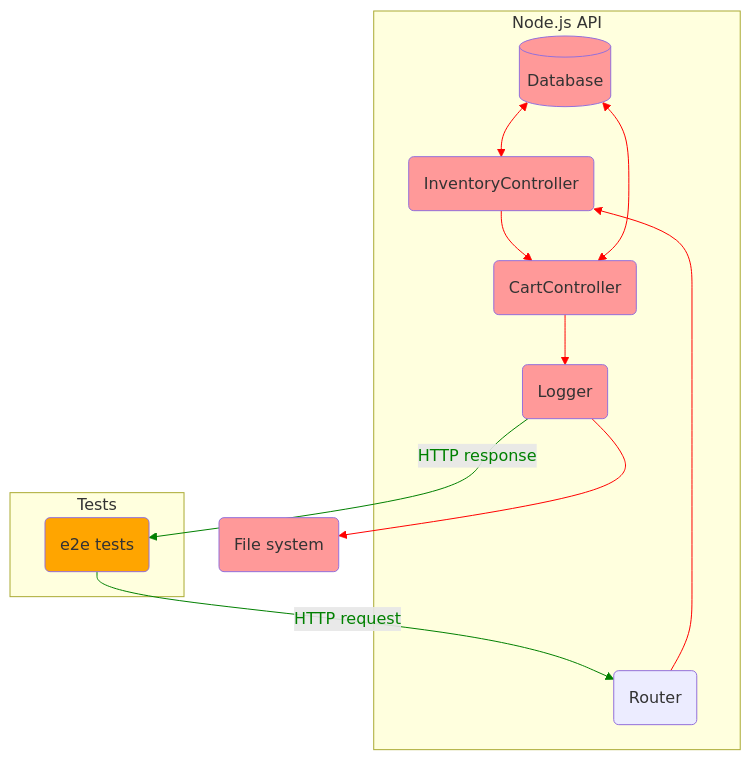
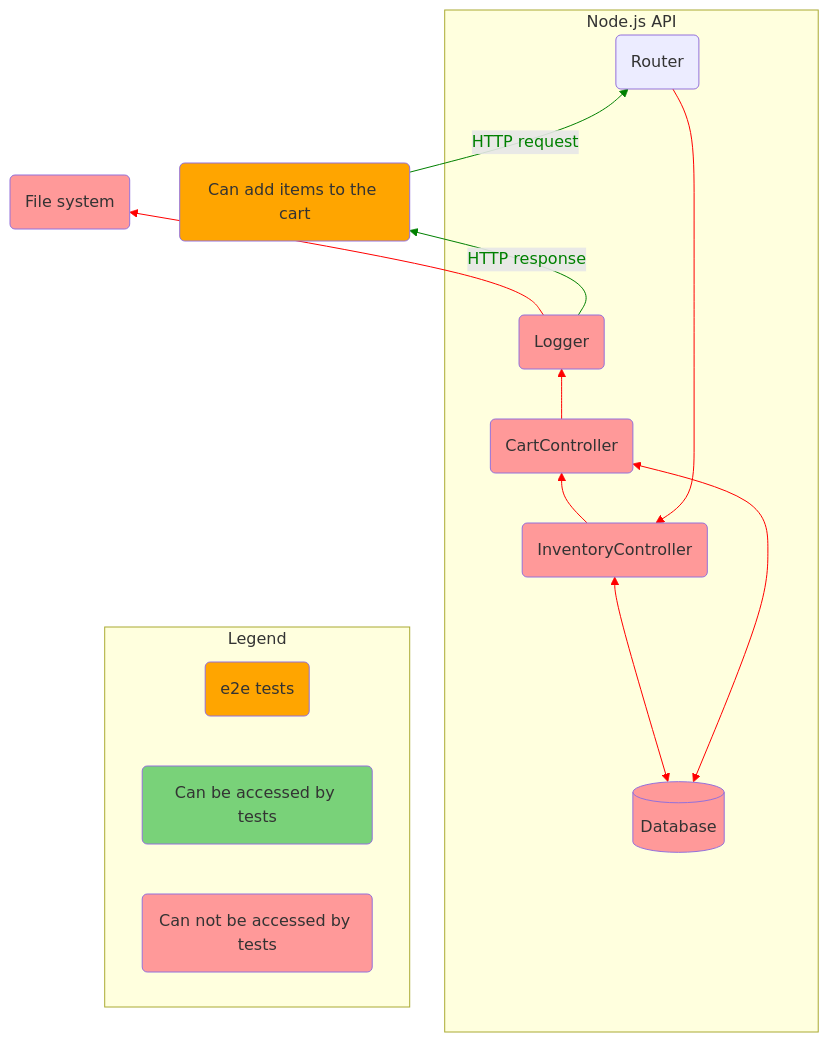
The first of 3 diagrams in summaries/testing-javascript-applications.md (aleksandr-kiliushin/learning), drawn with Mermaid before and after one commit. The commit also changed other lines of this file, not shown here.

````diff
--- a/summaries/testing-javascript-applications.md
+++ b/summaries/testing-javascript-applications.md
@@ -19,36 +19,42 @@
 ```mermaid
-  flowchart TB
+  flowchart BT
     db[(Database)]:::red
     router(Router)
-    e2e-tests(e2e tests):::orange
+    e2e-tests:::orange
     logger(Logger):::red
     InventoryController(InventoryController):::red
     CartController(CartController):::red
     file-system(File system):::red
 
     subgraph Node.js API
       router
       CartController
       InventoryController
       db
       logger
     end
 
-    subgraph Tests
-      e2e-tests
+    subgraph Legend
+      direction LR
+      legend-e2e-tests(e2e tests):::orange
+      legend-can-be-accessed-by-tests(Can be accessed by tests):::green
+      legend-cant-be-accessed-by-tests(Can not be accessed by tests):::red
     end
+
+    e2e-tests(Can add items to the cart)
 
     e2e-tests--HTTP request-->router
     router-->InventoryController
     InventoryController-->CartController
     db<-->InventoryController
     db<-->CartController
     CartController-->logger
     logger-->file-system
     logger--HTTP response-->e2e-tests
 
     classDef red fill:#ff9999;
     classDef orange fill:orange;
+    classDef green fill:#79d279;
     linkStyle 1,2,3,4,5,6 stroke:red;
     linkStyle 0,7         stroke:green,color:green;
 ```
````
